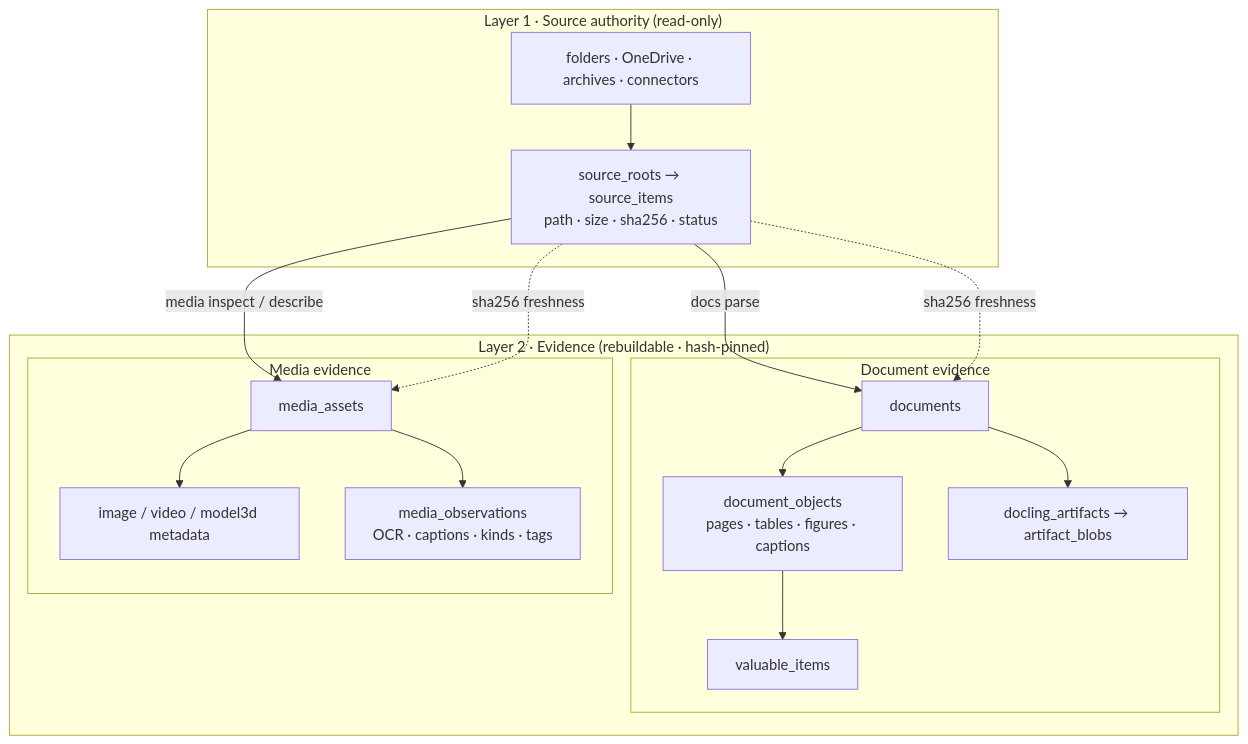
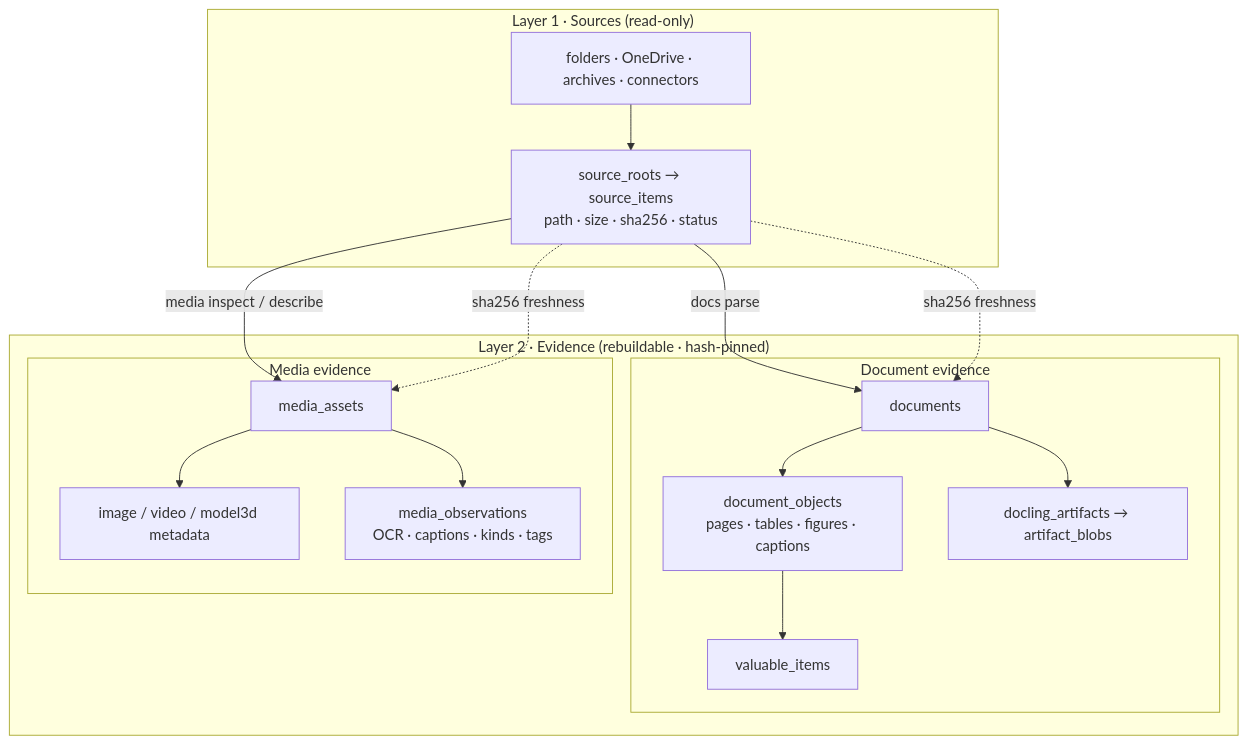
Before and after one commit to VectorMind/evidence-engine: the first of 3 diagrams in README.md, drawn with Mermaid. The commit also changed other lines of this file and 10 other files, not shown here.

````diff
--- a/README.md
+++ b/README.md
@@ -88,32 +99,32 @@
 ```mermaid
 flowchart TB
-  subgraph L1["Layer 1 · Source authority (read-only)"]
+  subgraph L1["Layer 1 · Sources (read-only)"]
     SRC["folders · OneDrive · archives · connectors"]
     ITEMS["source_roots → source_items<br/>path · size · sha256 · status"]
   end
 
   subgraph L2["Layer 2 · Evidence (rebuildable · hash-pinned)"]
     subgraph DOCS["Document evidence"]
       DOC["documents"]
       OBJ["document_objects<br/>pages · tables · figures · captions"]
       VAL["valuable_items"]
       ART["docling_artifacts → artifact_blobs"]
     end
     subgraph MEDIA["Media evidence"]
       ASSET["media_assets"]
       META["image / video / model3d metadata"]
       OBS["media_observations<br/>OCR · captions · kinds · tags"]
     end
   end
 
   SRC --> ITEMS
   ITEMS -->|"docs parse"| DOC
   DOC --> ART
   DOC --> OBJ --> VAL
   ITEMS -->|"media inspect / describe"| ASSET
   ASSET --> META
   ASSET --> OBS
 
   ITEMS -. "sha256 freshness" .-> DOC
   ITEMS -. "sha256 freshness" .-> ASSET
 ```
````
